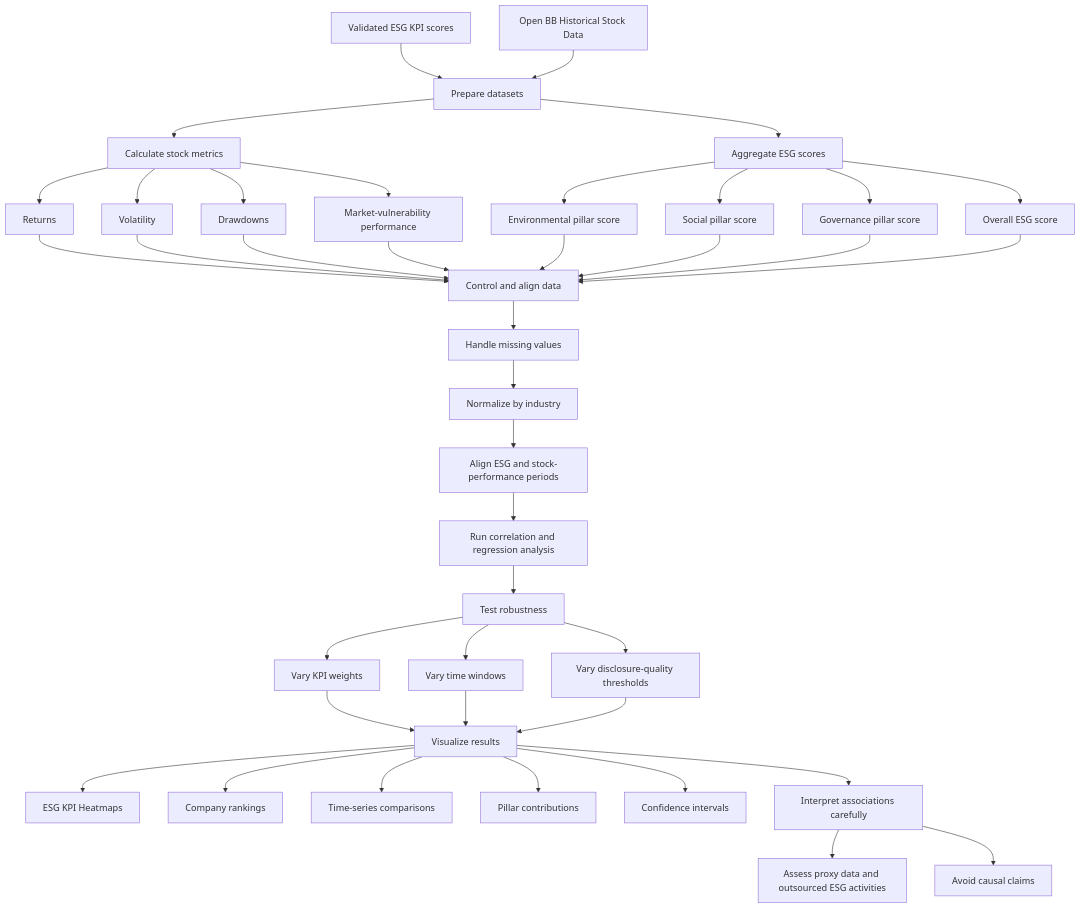
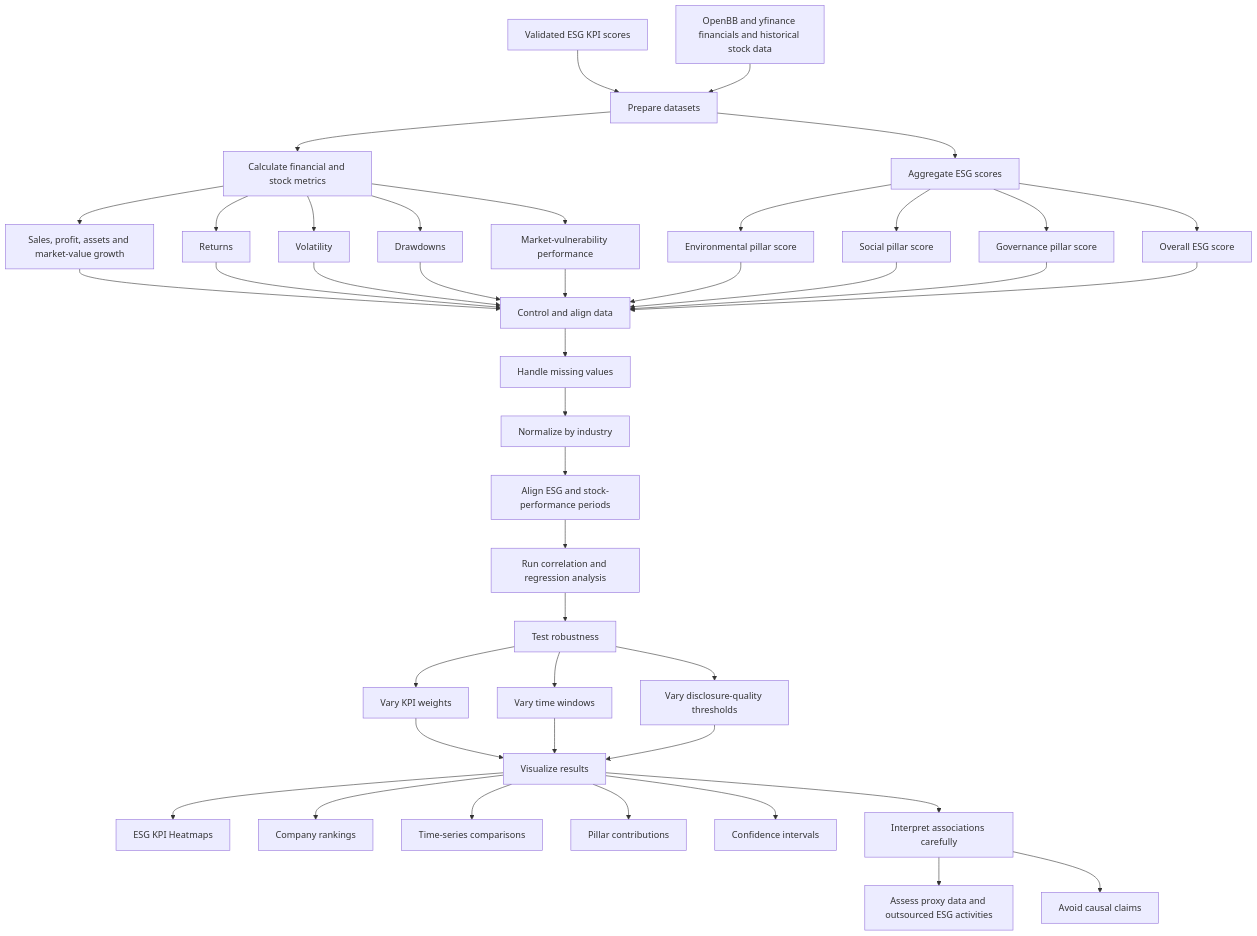
Before and after one commit to prakgov/esg-profile: the fourth of 4 diagrams in docs/ARCHITECTURE.md, drawn with Mermaid. The commit also changed other lines of this file, not shown here.

First line of the commit message:
docs: Add financials and yfinance to architecture diagrams

````diff
--- a/docs/ARCHITECTURE.md
+++ b/docs/ARCHITECTURE.md
@@ -95,50 +95,52 @@
 ```mermaid
 flowchart TD
     A["Validated ESG KPI scores"] --> B["Prepare datasets"]
-    S["Open BB Historical Stock Data"] --> B
+    S["OpenBB and yfinance financials and historical stock data"] --> B
 
-    B --> C["Calculate stock metrics"]
+    B --> C["Calculate financial and stock metrics"]
+    C --> C0["Sales, profit, assets and market-value growth"]
     C --> C1["Returns"]
     C --> C2["Volatility"]
     C --> C3["Drawdowns"]
     C --> C4["Market-vulnerability performance"]
 
     B --> D["Aggregate ESG scores"]
     D --> D1["Environmental pillar score"]
     D --> D2["Social pillar score"]
     D --> D3["Governance pillar score"]
     D --> D4["Overall ESG score"]
 
-    C1 --> E["Control and align data"]
+    C0 --> E["Control and align data"]
+    C1 --> E
     C2 --> E
     C3 --> E
     C4 --> E
     D1 --> E
     D2 --> E
     D3 --> E
     D4 --> E
 
     E --> E1["Handle missing values"]
     E1 --> E2["Normalize by industry"]
     E2 --> E3["Align ESG and stock-performance periods"]
 
     E3 --> F["Run correlation and regression analysis"]
     F --> G["Test robustness"]
     G --> G1["Vary KPI weights"]
     G --> G2["Vary time windows"]
     G --> G3["Vary disclosure-quality thresholds"]
 
     G1 --> H["Visualize results"]
     G2 --> H
     G3 --> H
 
     H --> H1["ESG KPI Heatmaps"]
     H --> H2["Company rankings"]
     H --> H3["Time-series comparisons"]
     H --> H4["Pillar contributions"]
     H --> H5["Confidence intervals"]
 
     H --> I["Interpret associations carefully"]
     I --> J["Assess proxy data and outsourced ESG activities"]
     I --> K["Avoid causal claims"]
 ```
````
